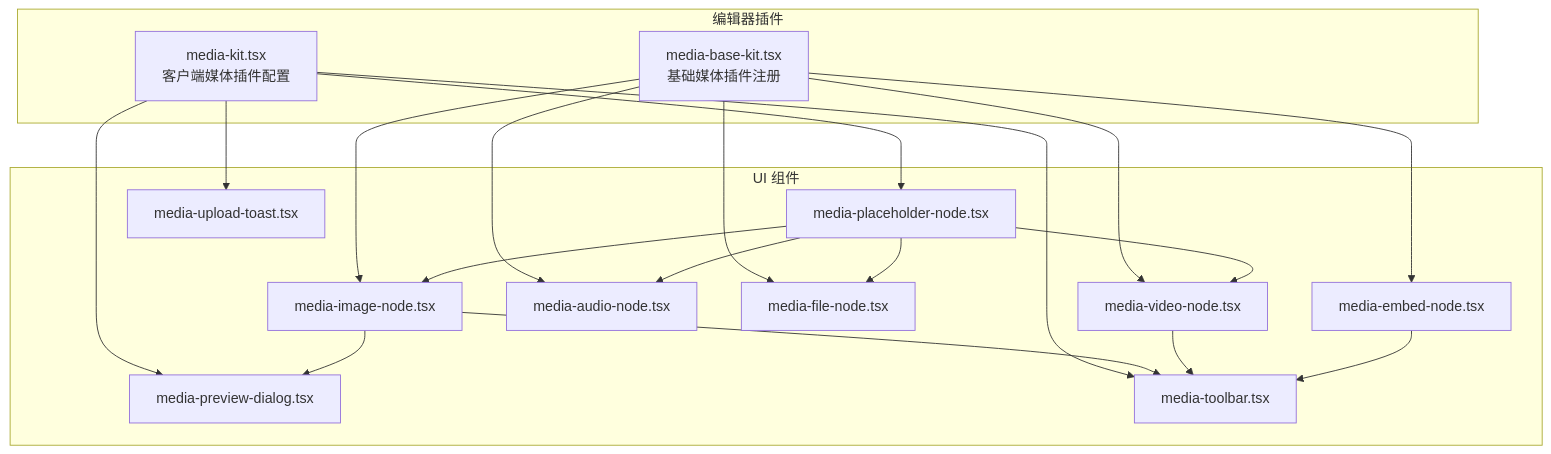
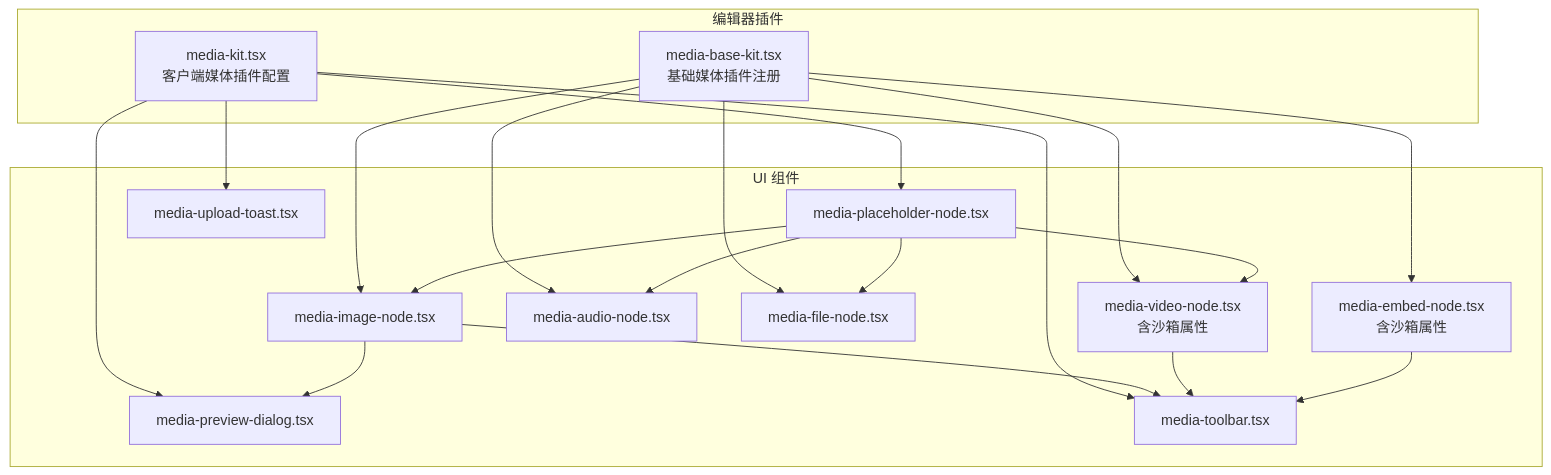
One commit to BlackBoxRecorder/uninote changed the first of 6 diagrams in .qoder/repowiki/zh/content/笔记管理系统/富文本编辑器集成/编辑器插件系统/媒体内容插件.md. Above: the diagram before and after it, drawn with Mermaid. The commit also changed other lines of this file and 36 other files, not shown here.

````diff
--- a/.qoder/repowiki/zh/content/笔记管理系统/富文本编辑器集成/编辑器插件系统/媒体内容插件.md
+++ b/.qoder/repowiki/zh/content/笔记管理系统/富文本编辑器集成/编辑器插件系统/媒体内容插件.md
@@ -47,35 +53,35 @@
 ```mermaid
 graph TB
 subgraph "编辑器插件"
 MBK["media-base-kit.tsx<br/>基础媒体插件注册"]
 MK["media-kit.tsx<br/>客户端媒体插件配置"]
 end
 subgraph "UI 组件"
 IMG["media-image-node.tsx"]
-VID["media-video-node.tsx"]
+VID["media-video-node.tsx<br/>含沙箱属性"]
 AUD["media-audio-node.tsx"]
 FIL["media-file-node.tsx"]
-EMB["media-embed-node.tsx"]
+EMB["media-embed-node.tsx<br/>含沙箱属性"]
 PH["media-placeholder-node.tsx"]
 PREV["media-preview-dialog.tsx"]
 TOOL["media-toolbar.tsx"]
 TOAST["media-upload-toast.tsx"]
 end
 MBK --> IMG
 MBK --> VID
 MBK --> AUD
 MBK --> FIL
 MBK --> EMB
 MK --> PH
 MK --> PREV
 MK --> TOOL
 MK --> TOAST
 PH --> IMG
 PH --> VID
 PH --> AUD
 PH --> FIL
 IMG --> PREV
 IMG --> TOOL
 VID --> TOOL
 EMB --> TOOL
 ```
````
